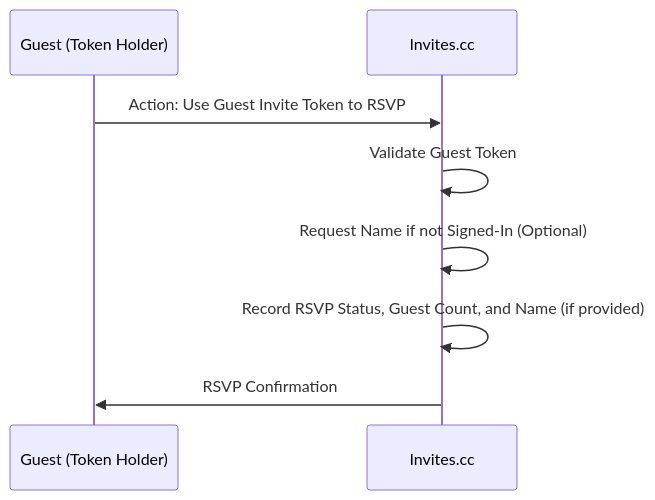
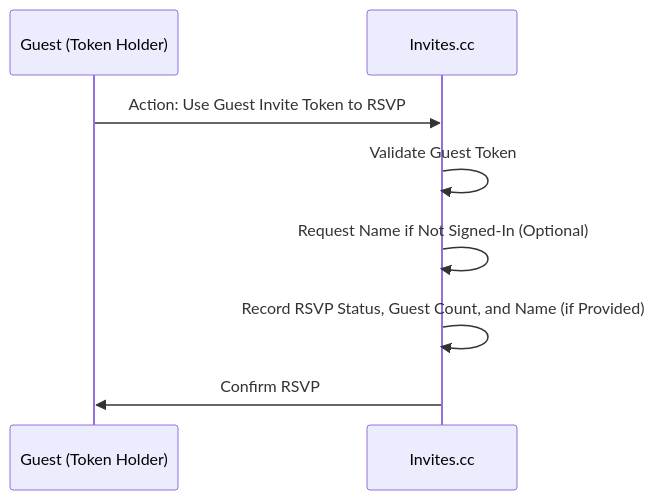
One commit to ichilabs/invites.cc changed diagram 12 of 13 in docs/design-doc.md. Above: the diagram before and after it, drawn with Mermaid. The commit also changed other lines of this file, not shown here.

````diff
--- a/docs/design-doc.md
+++ b/docs/design-doc.md
@@ -174,11 +335,11 @@
 ```mermaid
 sequenceDiagram
     participant Guest as Guest (Token Holder)
     participant Invites as Invites.cc
     
     Guest ->> Invites: Action: Use Guest Invite Token to RSVP
     Invites ->> Invites: Validate Guest Token
-    Invites ->> Invites: Request Name if not Signed-In (Optional)
-    Invites ->> Invites: Record RSVP Status, Guest Count, and Name (if provided)
-    Invites ->> Guest: RSVP Confirmation
+    Invites ->> Invites: Request Name if Not Signed-In (Optional)
+    Invites ->> Invites: Record RSVP Status, Guest Count, and Name (if Provided)
+    Invites ->> Guest: Confirm RSVP
 ```
````
